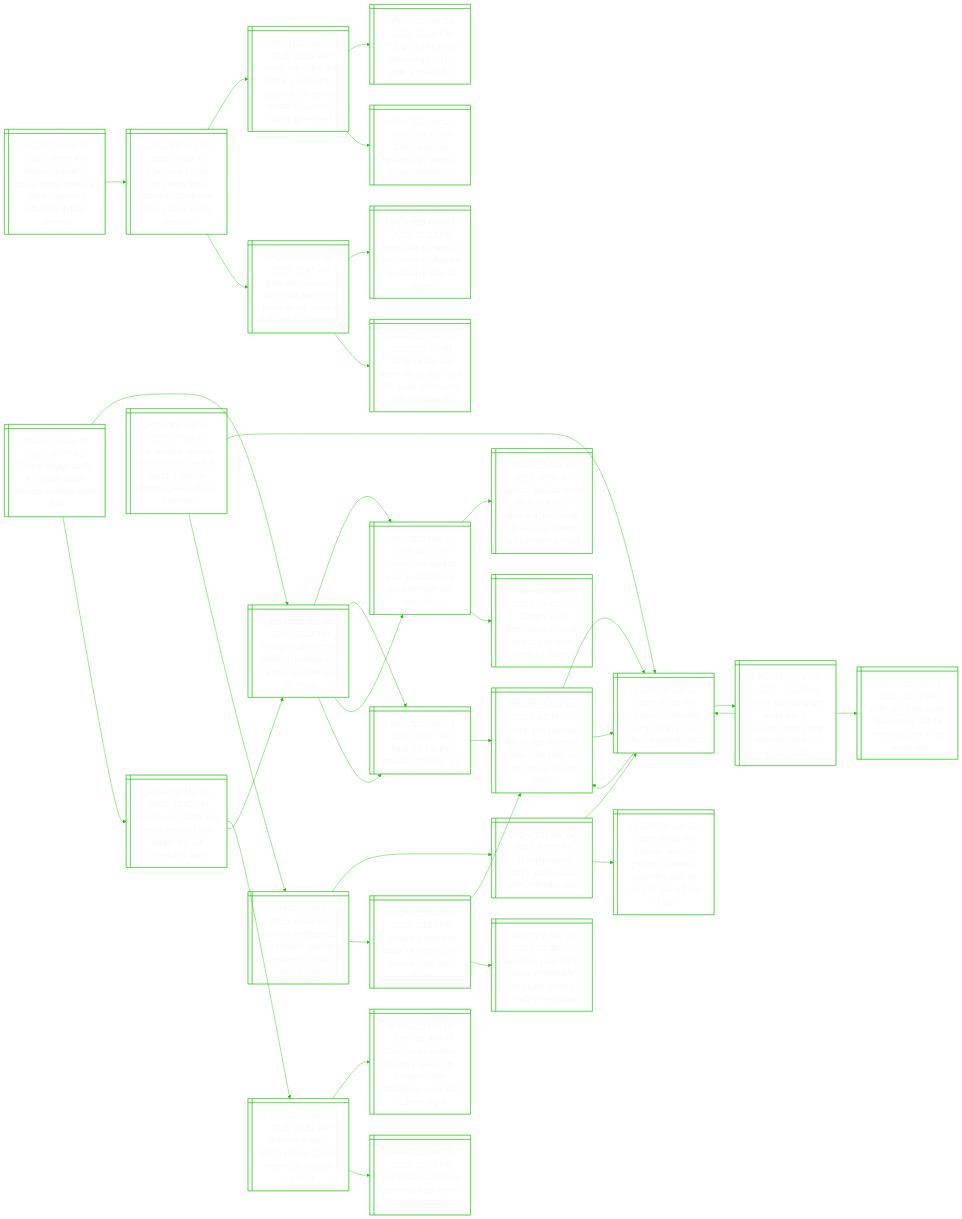
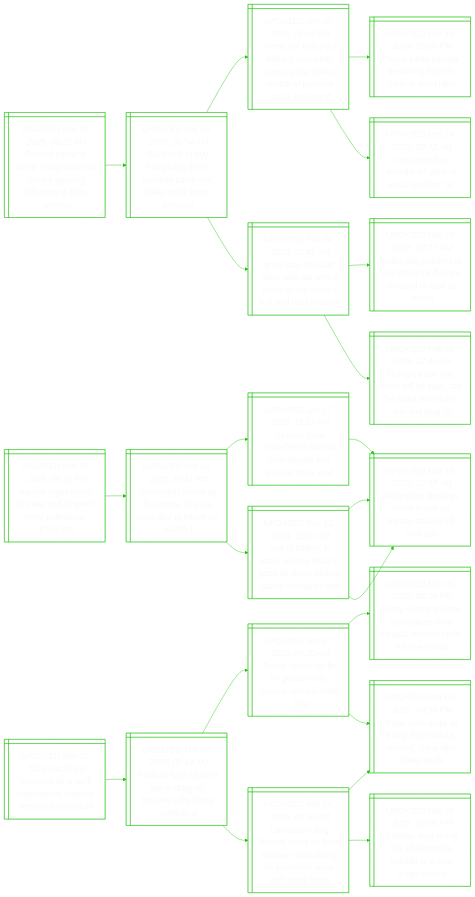
The diagram in README.md (notJmes/notJmes), drawn with Mermaid before and after one commit. The commit also changed other lines of this file, not shown here.

````diff
--- a/README.md
+++ b/README.md
@@ -16,7 +16,7 @@
 flowchart LR
 classDef txtsize font-size:20px;
 
-BdmamrCsifcama@{ shape: win-pane, label: "_UPDATED Mar 07, 2025, 02:08 PM_
+BdmamrCsifcama@{ shape: win-pane, label: "_UPDATED Mar 07, 2025, 06:21 PM_
 Beyond panama canal, trump stares at china’s growing influence in latin america" }
 BRoonmanrkdps@{ shape: win-pane, label: "_UPDATED Mar 05, 2025, 09:54 AM_
 Blackrock to buy hong kong firm’s panama canal port stake amid trump pressure" }
@@ -41,93 +41,51 @@
 GsodosmvxiedIa:::txtsize --> RtPadalenfSo:::txtsize
 GsodosmvxiedIa:::txtsize --> Tsehipaaenne:::txtsize
 
-Tdsfrsrcaaa@{ shape: win-pane, label: "_UPDATED Mar 07, 2025, 07:07 AM_
+HuTttetdsass@{ shape: win-pane, label: "_UPDATED Mar 07, 2025, 06:19 PM_
+Hamas urges trump to meet and ‘respect’ freed palestinian prisoners" }
+UtysraGruxoc@{ shape: win-pane, label: "_UPDATED Mar 01, 2025, 10:11 PM_
+Uncertainty looms as first phase of gaza truce due to expire on march 1" }
+Uscfotmpanon@{ shape: win-pane, label: "_UPDATED Jan 17, 2025, 11:12 AM_
+Us says gaza ceasefire to start on time despite last minute ‘loose end’" }
+NyeeawHakl@{ shape: win-pane, label: "_UPDATED Nov 13, 2024, 10:58 AM_
+Netanyahu declares israel at war as hamas attacks kill over 100" }
+Sbsrcdnacaale@{ shape: win-pane, label: "_UPDATED Nov 13, 2024, 11:02 AM_
+‘sea of bodies’ in israel, scores dead in gaza as shock hamas attack unleashes war" }
+NyeeawHakl@{ shape: win-pane, label: "_UPDATED Nov 13, 2024, 10:58 AM_
+Netanyahu declares israel at war as hamas attacks kill over 100" }
+NyeeawHakl@{ shape: win-pane, label: "_UPDATED Nov 13, 2024, 10:58 AM_
+Netanyahu declares israel at war as hamas attacks kill over 100" }
+
+HuTttetdsass:::txtsize --> UtysraGruxoc:::txtsize
+UtysraGruxoc:::txtsize --> Uscfotmpanon:::txtsize
+Uscfotmpanon:::txtsize --> NyeeawHakl:::txtsize
+UtysraGruxoc:::txtsize --> Sbsrcdnacaale:::txtsize
+Sbsrcdnacaale:::txtsize --> NyeeawHakl:::txtsize
+Sbsrcdnacaale:::txtsize --> NyeeawHakl:::txtsize
+
+Poafoiraxna@{ shape: win-pane, label: "_UPDATED Mar 07, 2025, 04:26 PM_
+‘psychodrama’ tariff negotiations frustrate mexico and canada" }
+TasrarBnlas@{ shape: win-pane, label: "_UPDATED Mar 07, 2025, 06:14 AM_
+Trudeau says us tariff war to drag on, bessent calls him a ‘numbskull’" }
+Tdsfrsrcaaa@{ shape: win-pane, label: "_UPDATED Mar 07, 2025, 06:20 AM_
 Trump delays tariffs for goods under mexico, canada trade deal" }
-TcrroadcbeC@{ shape: win-pane, label: "_UPDATED Mar 04, 2025, 05:11 PM_
-Trump confirms 25% tariffs on canada and mexico, doubles levy on china" }
-MoapnTghhtfa@{ shape: win-pane, label: "_UPDATED Mar 03, 2025, 11:24 PM_
-Mexico has backup plan in case trump goes through with tariff threat" }
-ModieiocTwececra@{ shape: win-pane, label: "_UPDATED Mar 03, 2025, 09:34 PM_
-Mexico, canada tariffs set to kick in on march 4, but trump will set exact levels: us commerce head" }
-Csenitresple@{ shape: win-pane, label: "_UPDATED Mar 03, 2025, 09:07 PM_
-China’s trade dominance in south america tempers trump’s influence" }
-Fgtaer@{ shape: win-pane, label: "_UPDATED Mar 03, 2025, 06:07 AM_
-Facing up to the realities of trump 2.0" }
-TalytnretaWHsit@{ shape: win-pane, label: "_UPDATED Mar 01, 2025, 01:39 PM_
-Trump and zelensky fail to sign minerals deal after clash in white house shouting match" }
-Tsasmmaablrs@{ shape: win-pane, label: "_UPDATED Mar 05, 2025, 10:40 PM_
-Trump says tariffs will make america rich again, but will americans wait?" }
-Acauypmdrno@{ shape: win-pane, label: "_UPDATED Mar 05, 2025, 03:51 PM_
-‘america is back,’ trump says in speech marred by partisan rancour" }
-DrrtpeCetrotsns@{ shape: win-pane, label: "_UPDATED Mar 05, 2025, 01:30 PM_
-Democrats protest trump’s speech to congress with disruption, exits and solemn signs" }
-Drlkmfrptg@{ shape: win-pane, label: "_UPDATED Mar 05, 2025, 02:16 PM_
-Democratic lawmaker removed from trump speech to congress" }
-TcrroadcbeC@{ shape: win-pane, label: "_UPDATED Mar 04, 2025, 05:11 PM_
-Trump confirms 25% tariffs on canada and mexico, doubles levy on china" }
-MoapnTghhtfa@{ shape: win-pane, label: "_UPDATED Mar 03, 2025, 11:24 PM_
-Mexico has backup plan in case trump goes through with tariff threat" }
-Fgtaer@{ shape: win-pane, label: "_UPDATED Mar 03, 2025, 06:07 AM_
-Facing up to the realities of trump 2.0" }
+TetemsCaciom@{ shape: win-pane, label: "_UPDATED Mar 06, 2025, 05:08 PM_
+Trump exempts some automakers from canada, mexico tariffs for one month" }
+TwrspCacnhpf@{ shape: win-pane, label: "_UPDATED Mar 05, 2025, 04:35 PM_
+Trade wars erupt as trump hits canada, mexico, china with steep tariffs" }
+CaibsomepiorseTb@{ shape: win-pane, label: "_UPDATED Mar 06, 2025, 09:30 PM_
+Canada’s ruling liberals move on from trudeau, capitalising on patriotism wave with trump boost" }
+TwrspCacnhpf@{ shape: win-pane, label: "_UPDATED Mar 05, 2025, 04:35 PM_
+Trade wars erupt as trump hits canada, mexico, china with steep tariffs" }
+Taspoogdrho@{ shape: win-pane, label: "_UPDATED Feb 08, 2025, 10:06 PM_
+Trudeau says trump talk of absorbing canada is ‘a real thing’: source" }
 
-Tdsfrsrcaaa:::txtsize --> TcrroadcbeC:::txtsize
-TcrroadcbeC:::txtsize --> MoapnTghhtfa:::txtsize
-MoapnTghhtfa:::txtsize --> ModieiocTwececra:::txtsize
-MoapnTghhtfa:::txtsize --> Csenitresple:::txtsize
-TcrroadcbeC:::txtsize --> Fgtaer:::txtsize
-Fgtaer:::txtsize --> TalytnretaWHsit:::txtsize
-Tdsfrsrcaaa:::txtsize --> Tsasmmaablrs:::txtsize
-Tsasmmaablrs:::txtsize --> Acauypmdrno:::txtsize
-Acauypmdrno:::txtsize --> DrrtpeCetrotsns:::txtsize
-Acauypmdrno:::txtsize --> Drlkmfrptg:::txtsize
-Tsasmmaablrs:::txtsize --> TcrroadcbeC:::txtsize
-TcrroadcbeC:::txtsize --> MoapnTghhtfa:::txtsize
-TcrroadcbeC:::txtsize --> Fgtaer:::txtsize
-
-Uafameeartcelek@{ shape: win-pane, label: "_UPDATED Mar 07, 2025, 07:16 AM_
-Us, ukraine officials to meet next week in saudi arabia to discuss peace plans: zelensky" }
-Unlyphaiogh@{ shape: win-pane, label: "_UPDATED Mar 01, 2025, 01:05 PM_
-Ukraine’s zelensky, trump clash in oval office shouting match" }
-TalytnretaWHsit@{ shape: win-pane, label: "_UPDATED Mar 01, 2025, 01:39 PM_
-Trump and zelensky fail to sign minerals deal after clash in white house shouting match" }
-Unlyphaiogh@{ shape: win-pane, label: "_UPDATED Mar 01, 2025, 01:05 PM_
-Ukraine’s zelensky, trump clash in oval office shouting match" }
-Unlyphaiogh@{ shape: win-pane, label: "_UPDATED Mar 01, 2025, 01:05 PM_
-Ukraine’s zelensky, trump clash in oval office shouting match" }
-YgitlIcsTZsaWH@{ shape: win-pane, label: "_UPDATED Mar 01, 2025, 06:27 PM_
-‘you’re gambling with world war iii’: excerpts from trump-zelensky clash at white house" }
-Unlyphaiogh@{ shape: win-pane, label: "_UPDATED Mar 01, 2025, 01:05 PM_
-Ukraine’s zelensky, trump clash in oval office shouting match" }
-Zsymasaeeets@{ shape: win-pane, label: "_UPDATED Mar 01, 2025, 01:10 PM_
-Zelensky says trump relationship can be repaired after white house row" }
-UslnridrrRae@{ shape: win-pane, label: "_UPDATED Mar 06, 2025, 03:45 PM_
-Us cuts intelligence for ukraine, adding pressure for russia peace deal" }
-Tpstikernl@{ shape: win-pane, label: "_UPDATED Mar 04, 2025, 07:28 PM_
-Trump pauses military aid to ukraine after zelensky clash" }
-Unlyphaiogh@{ shape: win-pane, label: "_UPDATED Mar 01, 2025, 01:05 PM_
-Ukraine’s zelensky, trump clash in oval office shouting match" }
-Sereolarnkeiet@{ shape: win-pane, label: "_UPDATED Mar 03, 2025, 06:16 PM_
-Starmer, macron pledge to develop ceasefire plan for ukraine, but will the us bite?" }
-UnlyyutmalT@{ shape: win-pane, label: "_UPDATED Mar 05, 2025, 03:58 PM_
-Ukraine’s zelensky ready for russia talks, mineral deal, says trump" }
-TalytnretaWHsit@{ shape: win-pane, label: "_UPDATED Mar 01, 2025, 01:39 PM_
-Trump and zelensky fail to sign minerals deal after clash in white house shouting match" }
-Zsluagansiani@{ shape: win-pane, label: "_UPDATED Mar 05, 2025, 02:40 PM_
-Zelensky calls trump clash ‘regrettable’ and says ukraine ready to negotiate" }
-
-Uafameeartcelek:::txtsize --> Unlyphaiogh:::txtsize
-Unlyphaiogh:::txtsize --> TalytnretaWHsit:::txtsize
-TalytnretaWHsit:::txtsize --> Unlyphaiogh:::txtsize
-TalytnretaWHsit:::txtsize --> Unlyphaiogh:::txtsize
-Unlyphaiogh:::txtsize --> YgitlIcsTZsaWH:::txtsize
-YgitlIcsTZsaWH:::txtsize --> Unlyphaiogh:::txtsize
-YgitlIcsTZsaWH:::txtsize --> Zsymasaeeets:::txtsize
-Uafameeartcelek:::txtsize --> UslnridrrRae:::txtsize
-UslnridrrRae:::txtsize --> Tpstikernl:::txtsize
-Tpstikernl:::txtsize --> Unlyphaiogh:::txtsize
-Tpstikernl:::txtsize --> Sereolarnkeiet:::txtsize
-UslnridrrRae:::txtsize --> UnlyyutmalT:::txtsize
-UnlyyutmalT:::txtsize --> TalytnretaWHsit:::txtsize
-UnlyyutmalT:::txtsize --> Zsluagansiani:::txtsize
+Poafoiraxna:::txtsize --> TasrarBnlas:::txtsize
+TasrarBnlas:::txtsize --> Tdsfrsrcaaa:::txtsize
+Tdsfrsrcaaa:::txtsize --> TetemsCaciom:::txtsize
+Tdsfrsrcaaa:::txtsize --> TwrspCacnhpf:::txtsize
+TasrarBnlas:::txtsize --> CaibsomepiorseTb:::txtsize
+CaibsomepiorseTb:::txtsize --> TwrspCacnhpf:::txtsize
+CaibsomepiorseTb:::txtsize --> Taspoogdrho:::txtsize
 
 ```
````
